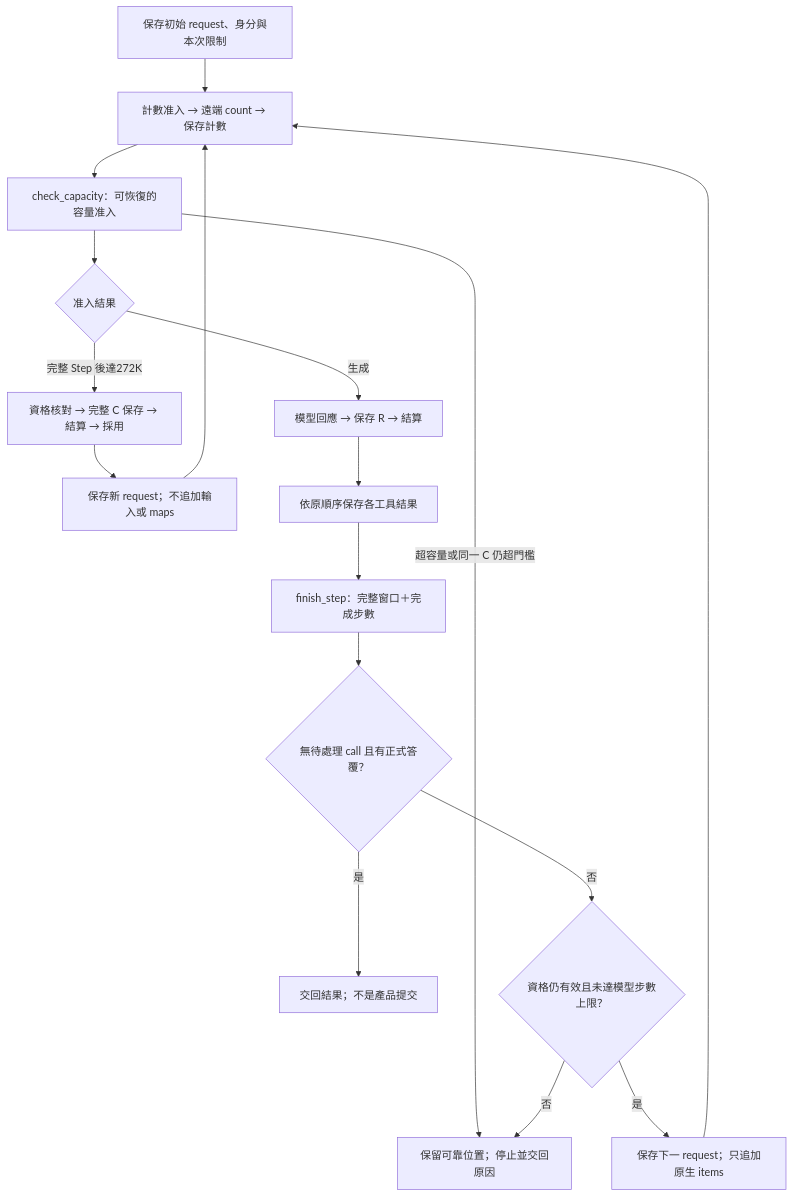
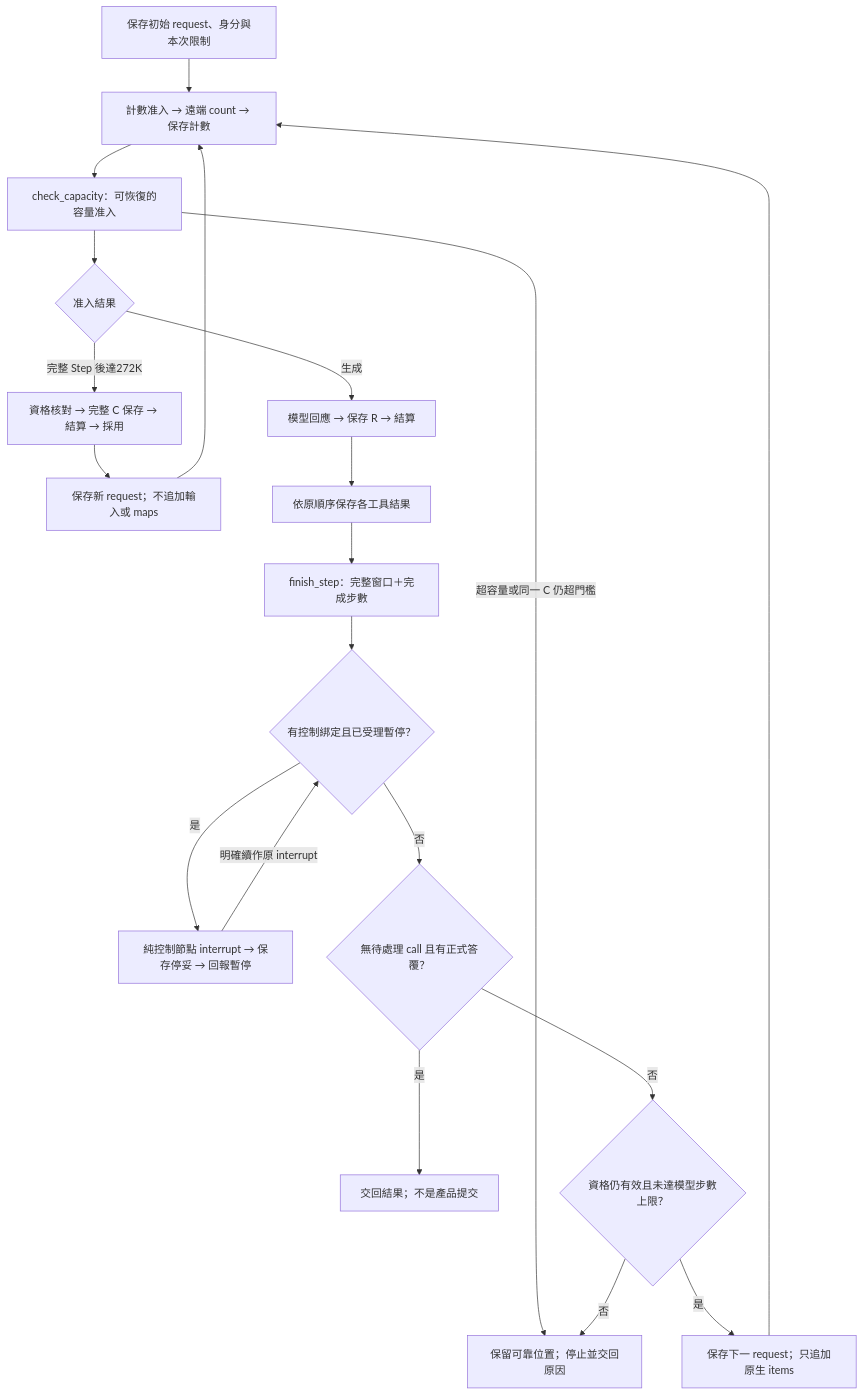
The second of 3 diagrams in docs/implementation/agent-execution.md (JD-Consultant/Caliburn), drawn with Mermaid before and after one commit. The commit also changed other lines of this file and 11 other files, not shown here.

````diff
--- a/docs/implementation/agent-execution.md
+++ b/docs/implementation/agent-execution.md
@@ -152,19 +152,22 @@
 ```mermaid
 flowchart TD
   I["保存初始 request、身分與本次限制"] --> C["計數准入 → 遠端 count → 保存計數"]
   C --> G["check_capacity：可恢復的容量准入"]
   G --> Q{"准入結果"}
   Q -->|生成| R["模型回應 → 保存 R → 結算"]
   Q -->|完整 Step 後達272K| CP["資格核對 → 完整 C 保存 → 結算 → 採用"]
   CP --> NC["保存新 request；不追加輸入或 maps"]
   NC --> C
   G -->|超容量或同一 C 仍超門檻| E["保留可靠位置；停止並交回原因"]
   R --> T["依原順序保存各工具結果"]
   T --> S["finish_step：完整窗口＋完成步數"]
-  S --> F{"無待處理 call 且有正式答覆？"}
+  S --> CT{"有控制綁定且已受理暫停？"}
+  CT -->|是| PA["純控制節點 interrupt → 保存停妥 → 回報暫停"]
+  PA -->|明確續作原 interrupt| CT
+  CT -->|否| F{"無待處理 call 且有正式答覆？"}
   F -->|是| D["交回結果；不是產品提交"]
   F -->|否| N{"資格仍有效且未達模型步數上限？"}
   N -->|否| E
   N -->|是| P["保存下一 request；只追加原生 items"]
   P --> C
 ```
````
